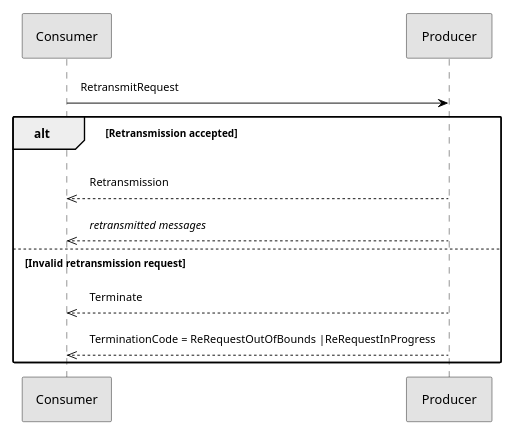
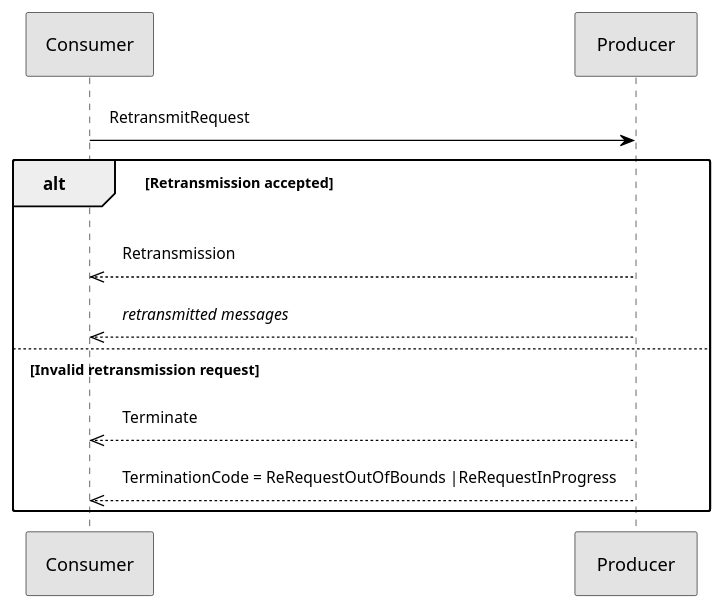
One commit to FIXTradingCommunity/fixp-specification changed the seventh of 9 diagrams in v1-1/doc/04PointToPointSessionProtocol.md. Above: the diagram before and after it, drawn with PlantUML. The commit also changed other lines of this file, not shown here.

````diff
--- a/v1-1/doc/04PointToPointSessionProtocol.md
+++ b/v1-1/doc/04PointToPointSessionProtocol.md
@@ -500,28 +494,27 @@
 ```plantuml
 @startuml
-scale 0.7
 skinparam {
   minClassWidth 80
   monochrome true
   RoundCorner 3
   Shadowing false
   ArrowColor Black
   ArrowFontSize 12
   Padding 8
   WrapWidth 500
   note {
     BackgroundColor OldLace
     BorderColor BurlyWood
     FontSize 12
   }
 }
 Consumer -> Producer : RetransmitRequest
 alt Retransmission accepted
 Consumer <<-- Producer : Retransmission
 Consumer <<-- Producer : //retransmitted messages//
 else Invalid retransmission request
 Consumer <<-- Producer : Terminate
 Consumer <<-- Producer : TerminationCode = ReRequestOutOfBounds |ReRequestInProgress
 end
 @enduml
 ```
````
